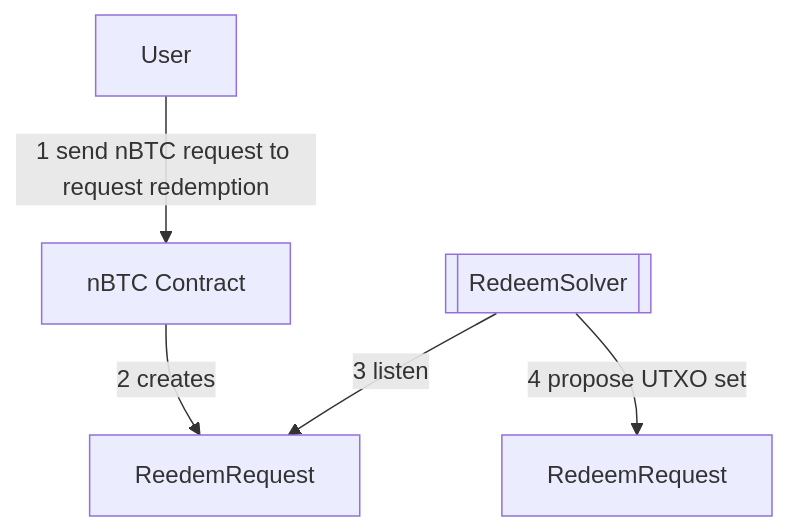
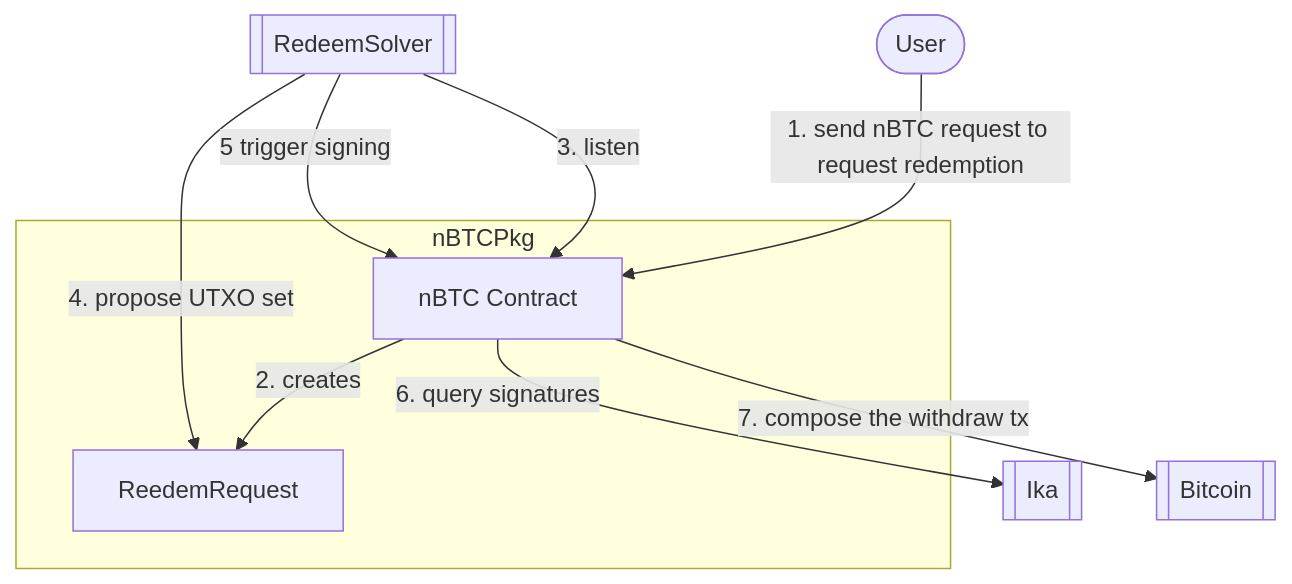
The diagram in packages/redeem_solver/README.md (gonative-cc/workers), drawn with Mermaid before and after one commit. The commit also changed other lines of this file and 2 other files, not shown here.

Commit message:
docs: update utxo docs

````diff
--- a/packages/redeem_solver/README.md
+++ b/packages/redeem_solver/README.md
@@ -11,9 +11,18 @@
 ```mermaid
 flowchart
-    nBTCCtr[nBTC Contract]
+    User([User])
     RS[[RedeemSolver]]
-    User -- 1 send nBTC request to request redemption --> nBTCCtr
-    nBTCCtr -- 2 creates --> ReedemRequest
-    RS -- 3 listen --> ReedemRequest
-    RS -- 4 propose UTXO set --> RedeemRequest
+    Ika[[Ika]]
+    Bitcoin[[Bitcoin]]
+    subgraph nBTCPkg [nBTCPkg]
+      nBTCCtr[nBTC Contract]
+      ReedemRequest
+    end
+    User -- 1. send nBTC request to request redemption --> nBTCCtr
+    nBTCCtr -- 2. creates --> ReedemRequest
+    RS -- 3. listen --> nBTCCtr
+    RS -- 4. propose UTXO set --> ReedemRequest
+    RS -- 5 trigger signing --> nBTCCtr
+    nBTCCtr -- 6. query signatures --> Ika
+    nBTCCtr -- 7. compose the withdraw tx --> Bitcoin
 ```
````
